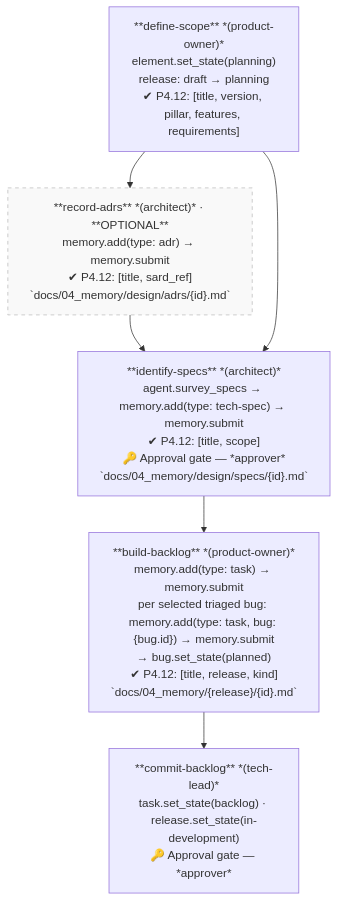
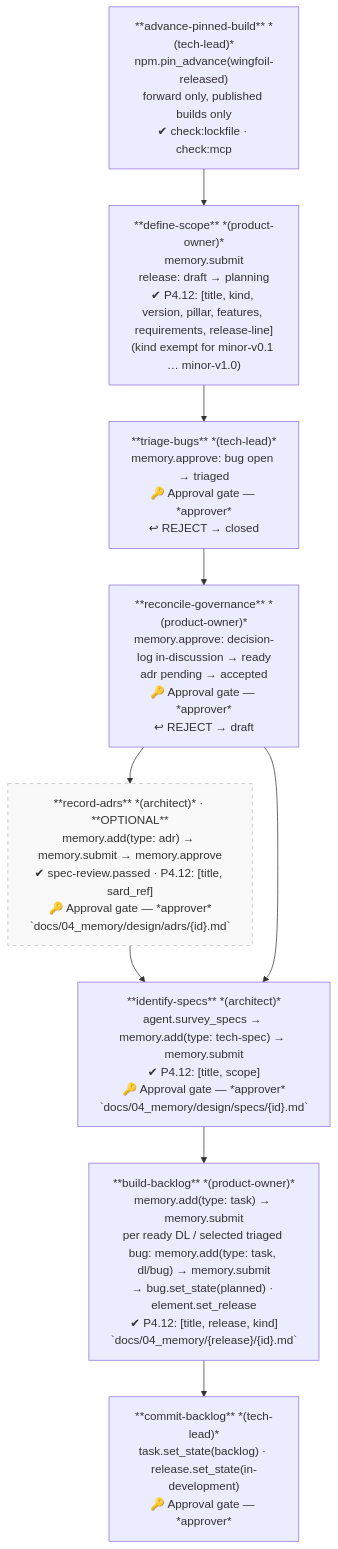
Before and after one commit to robypomper/wingfoil: the tenth of 23 diagrams in .wingfoil/WORKFLOW.md, drawn with Mermaid. The commit also changed other lines of this file and 1 other file, not shown here.

Commit message:
fix(workflow): task-148 — WORKFLOW.md draws release-cycle's seven phases, release-planning's eight, user-docs and e2e-smoke; align-agent-docs produces WORKFLOW.md, user-docs 1.2 (bug-170)

````diff
--- a/.wingfoil/WORKFLOW.md
+++ b/.wingfoil/WORKFLOW.md
@@ -231,13 +243,16 @@
 ```mermaid
 flowchart TD
-    DS["**define-scope** *(product-owner)*\nelement.set_state(planning)\nrelease: draft → planning\n✔ P4.12: [title, version, pillar, features, requirements]"]
-    RA["**record-adrs** *(architect)* · **OPTIONAL**\nmemory.add(type: adr) → memory.submit\n✔ P4.12: [title, sard_ref]\n`docs/04_memory/design/adrs/{id}.md`"]
+    AB["**advance-pinned-build** *(tech-lead)*\nnpm.pin_advance(wingfoil-released)\nforward only, published builds only\n✔ check:lockfile · check:mcp"]
+    DS["**define-scope** *(product-owner)*\nmemory.submit\nrelease: draft → planning\n✔ P4.12: [title, kind, version, pillar, features, requirements, release-line]\n(kind exempt for minor-v0.1 … minor-v1.0)"]
+    TB["**triage-bugs** *(tech-lead)*\nmemory.approve: bug open → triaged\n🔑 Approval gate — *approver*\n↩ REJECT → closed"]
+    RG["**reconcile-governance** *(product-owner)*\nmemory.approve: decision-log in-discussion → ready\nadr pending → accepted\n🔑 Approval gate — *approver*\n↩ REJECT → draft"]
+    RA["**record-adrs** *(architect)* · **OPTIONAL**\nmemory.add(type: adr) → memory.submit → memory.approve\n✔ spec-review.passed · P4.12: [title, sard_ref]\n🔑 Approval gate — *approver*\n`docs/04_memory/design/adrs/{id}.md`"]
     IS["**identify-specs** *(architect)*\nagent.survey_specs → memory.add(type: tech-spec) → memory.submit\n✔ P4.12: [title, scope]\n🔑 Approval gate — *approver*\n`docs/04_memory/design/specs/{id}.md`"]
-    BB["**build-backlog** *(product-owner)*\nmemory.add(type: task) → memory.submit\nper selected triaged bug: memory.add(type: task, bug: {bug.id}) → memory.submit\n→ bug.set_state(planned)\n✔ P4.12: [title, release, kind]\n`docs/04_memory/{release}/{id}.md`"]
+    BB["**build-backlog** *(product-owner)*\nmemory.add(type: task) → memory.submit\nper ready DL / selected triaged bug: memory.add(type: task, dl/bug) → memory.submit\n→ bug.set_state(planned) · element.set_release\n✔ P4.12: [title, release, kind]\n`docs/04_memory/{release}/{id}.md`"]
     CB["**commit-backlog** *(tech-lead)*\ntask.set_state(backlog) · release.set_state(in-development)\n🔑 Approval gate — *approver*"]
 
-    DS --> RA --> IS --> BB --> CB
-    DS --> IS
+    AB --> DS --> TB --> RG --> RA --> IS --> BB --> CB
+    RG --> IS
 
     style RA fill:#f9f9f9,stroke:#bbb,stroke-dasharray:5 5
 ```
````
